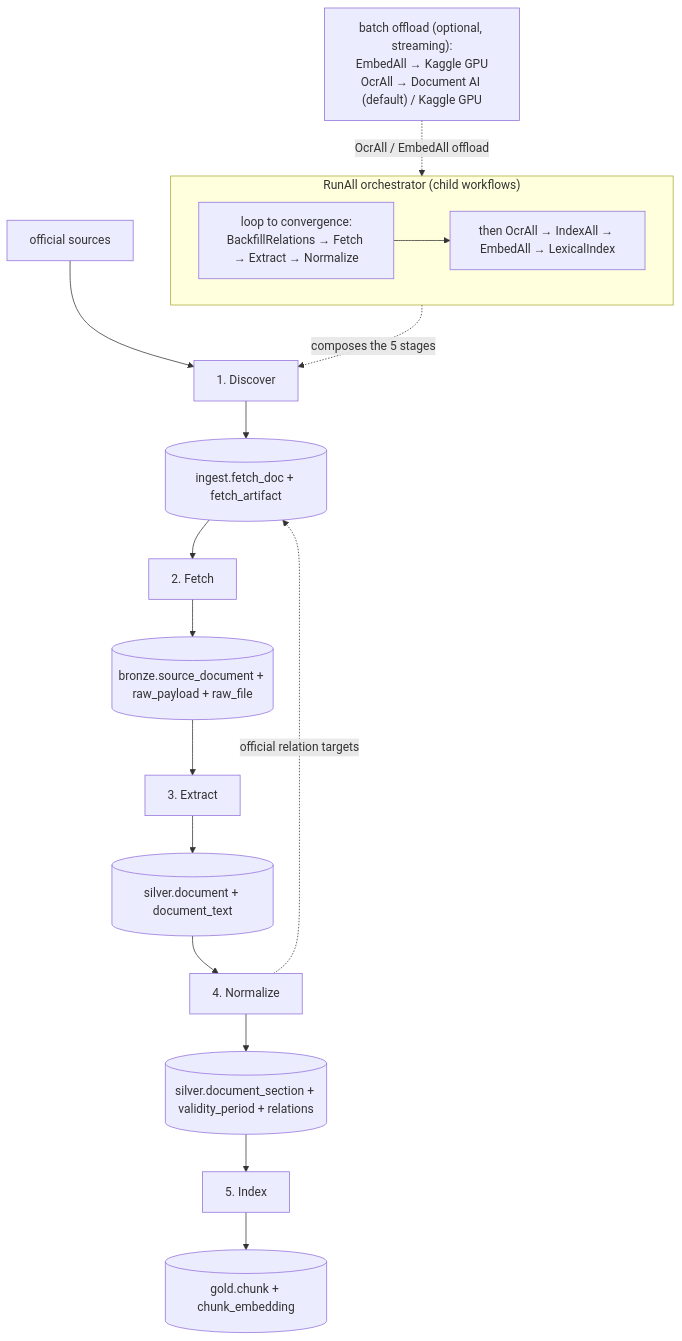
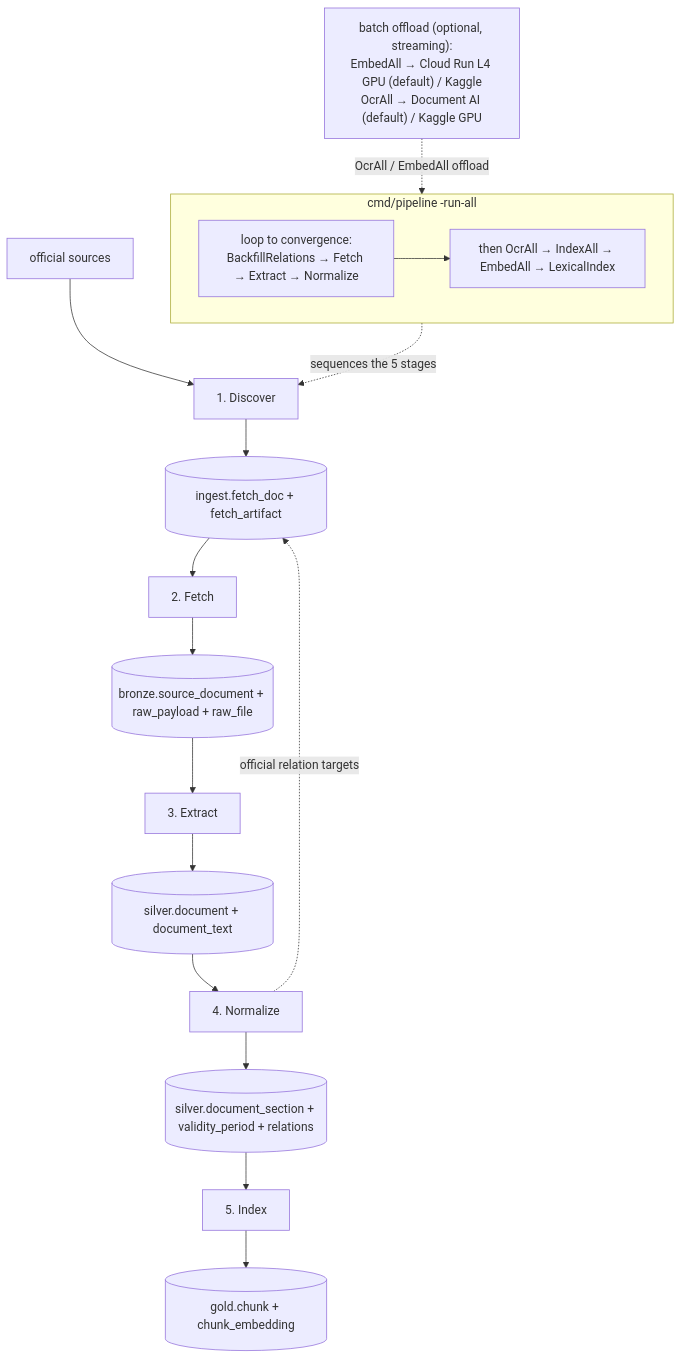
One commit to dannyota/banhmi changed the first of 2 diagrams in docs/design/PIPELINE.md. Above: the diagram before and after it, drawn with Mermaid. The commit also changed other lines of this file and 14 other files, not shown here.

First line of the commit message:
docs: update all docs for Qwen3, go-fitz, cmd/pipeline, IAM best practices

````diff
--- a/docs/design/PIPELINE.md
+++ b/docs/design/PIPELINE.md
@@ -43,23 +41,23 @@
 ```mermaid
 flowchart TB
   SRC["official sources"] --> DISCOVER["1. Discover"]
   DISCOVER --> LEDGER[("ingest.fetch_doc + fetch_artifact")]
   LEDGER --> FETCH["2. Fetch"]
   FETCH --> BRONZE[("bronze.source_document + raw_payload + raw_file")]
   BRONZE --> EXTRACT["3. Extract"]
   EXTRACT --> TEXT[("silver.document + document_text")]
   TEXT --> NORMALIZE["4. Normalize"]
   NORMALIZE --> SECTIONS[("silver.document_section + validity_period + relations")]
   NORMALIZE -. "official relation targets" .-> LEDGER
   SECTIONS --> INDEX["5. Index"]
   INDEX --> GOLD[("gold.chunk + chunk_embedding")]
 
-  subgraph RUNALL["RunAll orchestrator (child workflows)"]
+  subgraph RUNALL["cmd/pipeline -run-all"]
     direction LR
     LOOP["loop to convergence:<br/>BackfillRelations → Fetch → Extract → Normalize"]
     TAIL["then OcrAll → IndexAll → EmbedAll → LexicalIndex"]
     LOOP --> TAIL
   end
-  RUNALL -. "composes the 5 stages" .-> DISCOVER
-  KAGGLE["batch offload (optional, streaming):<br/>EmbedAll → Kaggle GPU<br/>OcrAll → Document AI (default) / Kaggle GPU"] -. "OcrAll / EmbedAll offload" .-> TAIL
+  RUNALL -. "sequences the 5 stages" .-> DISCOVER
+  OFFLOAD["batch offload (optional, streaming):<br/>EmbedAll → Cloud Run L4 GPU (default) / Kaggle<br/>OcrAll → Document AI (default) / Kaggle GPU"] -. "OcrAll / EmbedAll offload" .-> TAIL
 ```
````
